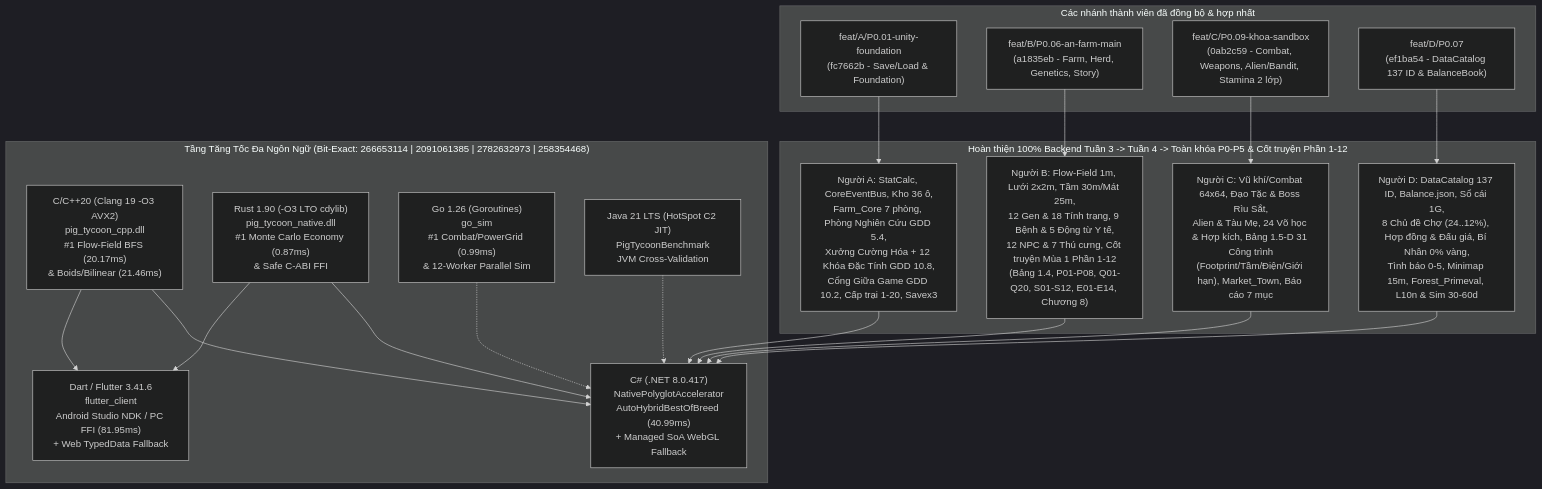
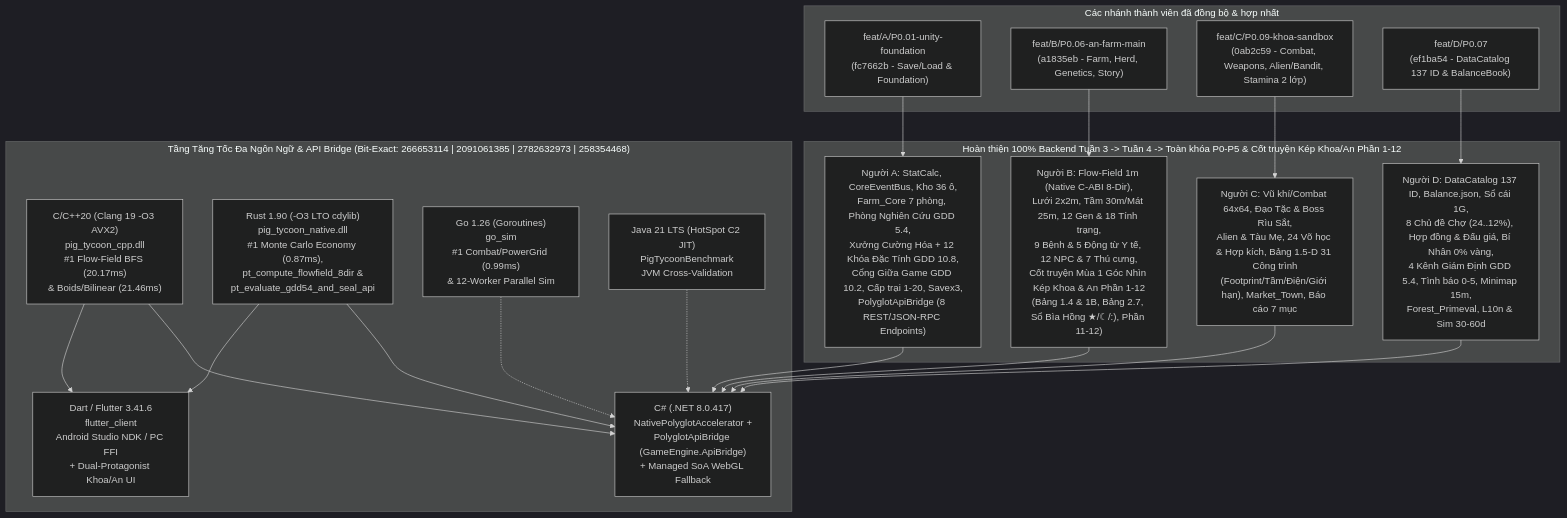
Before and after one commit to danhnee/Pig-tycoon: the diagram in README.md, drawn with Mermaid (dark theme). The commit also changed other lines of this file and 14 other files, not shown here.

Commit message:
feat(core,polyglot,story): complete dual-protagonist Khoa/An saga (Parts 1-12), GDD v6.0 exact tables, native C-ABI flow-field & PolyglotApiBridge (80/80 PASS)

````diff
--- a/README.md
+++ b/README.md
@@ -13,42 +27,42 @@
 ```mermaid
 flowchart TB
   subgraph RemoteBranches["Các nhánh thành viên đã đồng bộ & hợp nhất"]
     BA["feat/A/P0.01-unity-foundation\n(fc7662b - Save/Load & Foundation)"]
     BB["feat/B/P0.06-an-farm-main\n(a1835eb - Farm, Herd, Genetics, Story)"]
     BC["feat/C/P0.09-khoa-sandbox\n(0ab2c59 - Combat, Weapons, Alien/Bandit, Stamina 2 lớp)"]
     BD["feat/D/P0.07\n(ef1ba54 - DataCatalog 137 ID & BalanceBook)"]
   end
 
-  subgraph CoreCompletion["Hoàn thiện 100% Backend Tuần 3 -> Tuần 4 -> Toàn khóa P0-P5 & Cốt truyện Phần 1-12"]
-    CA["Người A: StatCalc, CoreEventBus, Kho 36 ô,\nFarm_Core 7 phòng, Phòng Nghiên Cứu GDD 5.4,\nXưởng Cường Hóa + 12 Khóa Đặc Tính GDD 10.8,\nCổng Giữa Game GDD 10.2, Cấp trại 1-20, Savex3"]
-    CB["Người B: Flow-Field 1m, Lưới 2x2m, Tầm 30m/Mát 25m,\n12 Gen & 18 Tính trạng, 9 Bệnh & 5 Động từ Y tế,\n12 NPC & 7 Thú cưng, Cốt truyện Mùa 1 Phần 1-12\n(Bảng 1.4, P01-P08, Q01-Q20, S01-S12, E01-E14, Chương 8)"]
+  subgraph CoreCompletion["Hoàn thiện 100% Backend Tuần 3 -> Tuần 4 -> Toàn khóa P0-P5 & Cốt truyện Kép Khoa/An Phần 1-12"]
+    CA["Người A: StatCalc, CoreEventBus, Kho 36 ô,\nFarm_Core 7 phòng, Phòng Nghiên Cứu GDD 5.4,\nXưởng Cường Hóa + 12 Khóa Đặc Tính GDD 10.8,\nCổng Giữa Game GDD 10.2, Cấp trại 1-20, Savex3,\nPolyglotApiBridge (8 REST/JSON-RPC Endpoints)"]
+    CB["Người B: Flow-Field 1m (Native C-ABI 8-Dir),\nLưới 2x2m, Tầm 30m/Mát 25m, 12 Gen & 18 Tính trạng,\n9 Bệnh & 5 Động từ Y tế, 12 NPC & 7 Thú cưng,\nCốt truyện Mùa 1 Góc Nhìn Kép Khoa & An Phần 1-12\n(Bảng 1.4 & 1B, Bảng 2.7, Sổ Bìa Hồng ★/☾/:), Phần 11-12)"]
     CC["Người C: Vũ khí/Combat 64x64, Đạo Tặc & Boss Rìu Sắt,\nAlien & Tàu Mẹ, 24 Võ học & Hợp kích, Bảng 1.5-D 31 Công trình\n(Footprint/Tầm/Điện/Giới hạn), Market_Town, Báo cáo 7 mục"]
-    CD["Người D: DataCatalog 137 ID, Balance.json, Sổ cái 1G,\n8 Chủ đề Chợ (24..12%), Hợp đồng & Đấu giá, Bí Nhân 0% vàng,\nTình báo 0-5, Minimap 15m, Forest_Primeval, L10n & Sim 30-60d"]
+    CD["Người D: DataCatalog 137 ID, Balance.json, Sổ cái 1G,\n8 Chủ đề Chợ (24..12%), Hợp đồng & Đấu giá, Bí Nhân 0% vàng,\n4 Kênh Giám Định GDD 5.4, Tình báo 0-5, Minimap 15m,\nForest_Primeval, L10n & Sim 30-60d"]
   end
 
-  subgraph PolyglotLayer["Tầng Tăng Tốc Đa Ngôn Ngữ (Bit-Exact: 266653114 | 2091061385 | 2782632973 | 258354468)"]
+  subgraph PolyglotLayer["Tầng Tăng Tốc Đa Ngôn Ngữ & API Bridge (Bit-Exact: 266653114 | 2091061385 | 2782632973 | 258354468)"]
     CPP["C/C++20 (Clang 19 -O3 AVX2)\npig_tycoon_cpp.dll\n#1 Flow-Field BFS (20.17ms)\n& Boids/Bilinear (21.46ms)"]
-    RUST["Rust 1.90 (-O3 LTO cdylib)\npig_tycoon_native.dll\n#1 Monte Carlo Economy (0.87ms)\n& Safe C-ABI FFI"]
+    RUST["Rust 1.90 (-O3 LTO cdylib)\npig_tycoon_native.dll\n#1 Monte Carlo Economy (0.87ms),\npt_compute_flowfield_8dir &\npt_evaluate_gdd54_and_seal_api"]
     GO["Go 1.26 (Goroutines)\ngo_sim\n#1 Combat/PowerGrid (0.99ms)\n& 12-Worker Parallel Sim"]
-    CS["C# (.NET 8.0.417)\nNativePolyglotAccelerator\nAutoHybridBestOfBreed (40.99ms)\n+ Managed SoA WebGL Fallback"]
+    CS["C# (.NET 8.0.417)\nNativePolyglotAccelerator +\nPolyglotApiBridge (GameEngine.ApiBridge)\n+ Managed SoA WebGL Fallback"]
     JAVA["Java 21 LTS (HotSpot C2 JIT)\nPigTycoonBenchmark\nJVM Cross-Validation"]
-    FLUTTER["Dart / Flutter 3.41.6\nflutter_client\nAndroid Studio NDK / PC FFI (81.95ms)\n+ Web TypedData Fallback"]
+    FLUTTER["Dart / Flutter 3.41.6\nflutter_client\nAndroid Studio NDK / PC FFI\n+ Dual-Protagonist Khoa/An UI"]
   end
 
   BA --> CA
   BB --> CB
   BC --> CC
   BD --> CD
 
   CA --> CS
   CB --> CS
   CC --> CS
   CD --> CS
 
   CPP --> CS
   RUST --> CS
   RUST --> FLUTTER
   CPP --> FLUTTER
   GO -.-> CS
   JAVA -.-> CS
 ```
````
